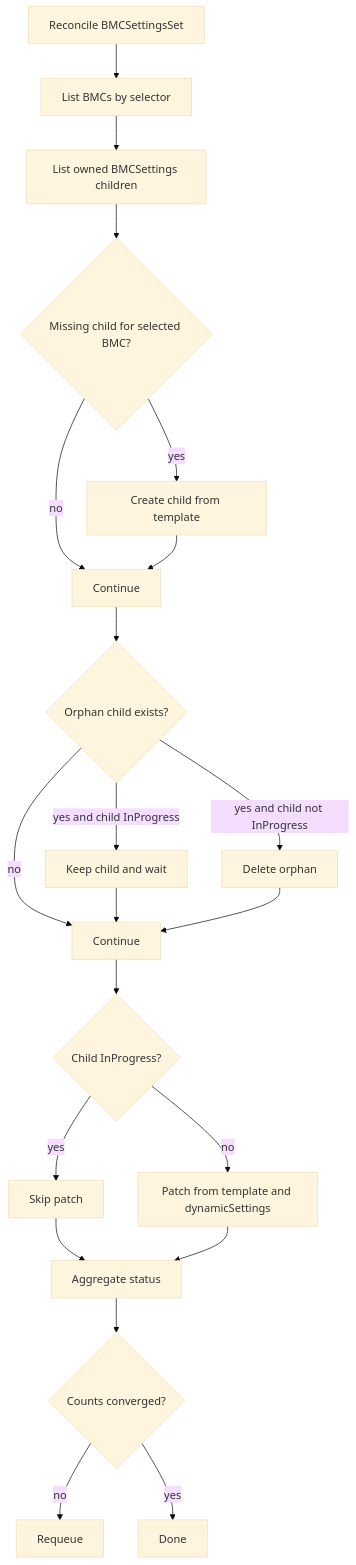
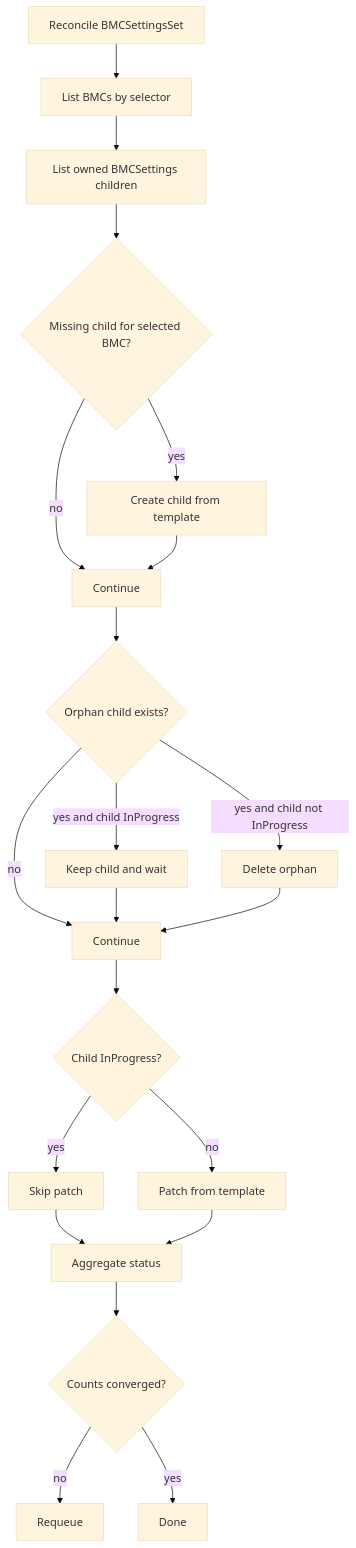
One commit to ironcore-dev/metal-operator changed the diagram in docs/concepts/bmcsettingsset.md. Above: the diagram before and after it, drawn with Mermaid (base theme). The commit also changed other lines of this file and 9 other files, not shown here.

````diff
--- a/docs/concepts/bmcsettingsset.md
+++ b/docs/concepts/bmcsettingsset.md
@@ -59,23 +67,23 @@
 ```mermaid
 flowchart TD
   A[Reconcile BMCSettingsSet] --> B[List BMCs by selector]
   B --> C[List owned BMCSettings children]
   C --> D{Missing child for selected BMC?}
   D -- yes --> E[Create child from template]
   D -- no --> F[Continue]
   E --> F
   F --> G{Orphan child exists?}
   G -- yes and child InProgress --> H[Keep child and wait]
   G -- yes and child not InProgress --> I[Delete orphan]
   G -- no --> J[Continue]
   H --> J
   I --> J
   J --> K{Child InProgress?}
   K -- yes --> L[Skip patch]
-  K -- no --> M[Patch from template and dynamicSettings]
+  K -- no --> M[Patch from template]
   L --> N[Aggregate status]
   M --> N
   N --> O{Counts converged?}
   O -- no --> P[Requeue]
   O -- yes --> Q[Done]
 ```
````
